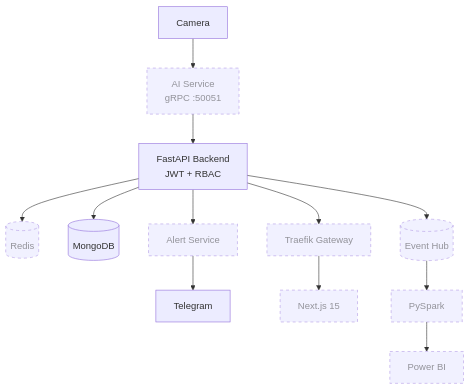
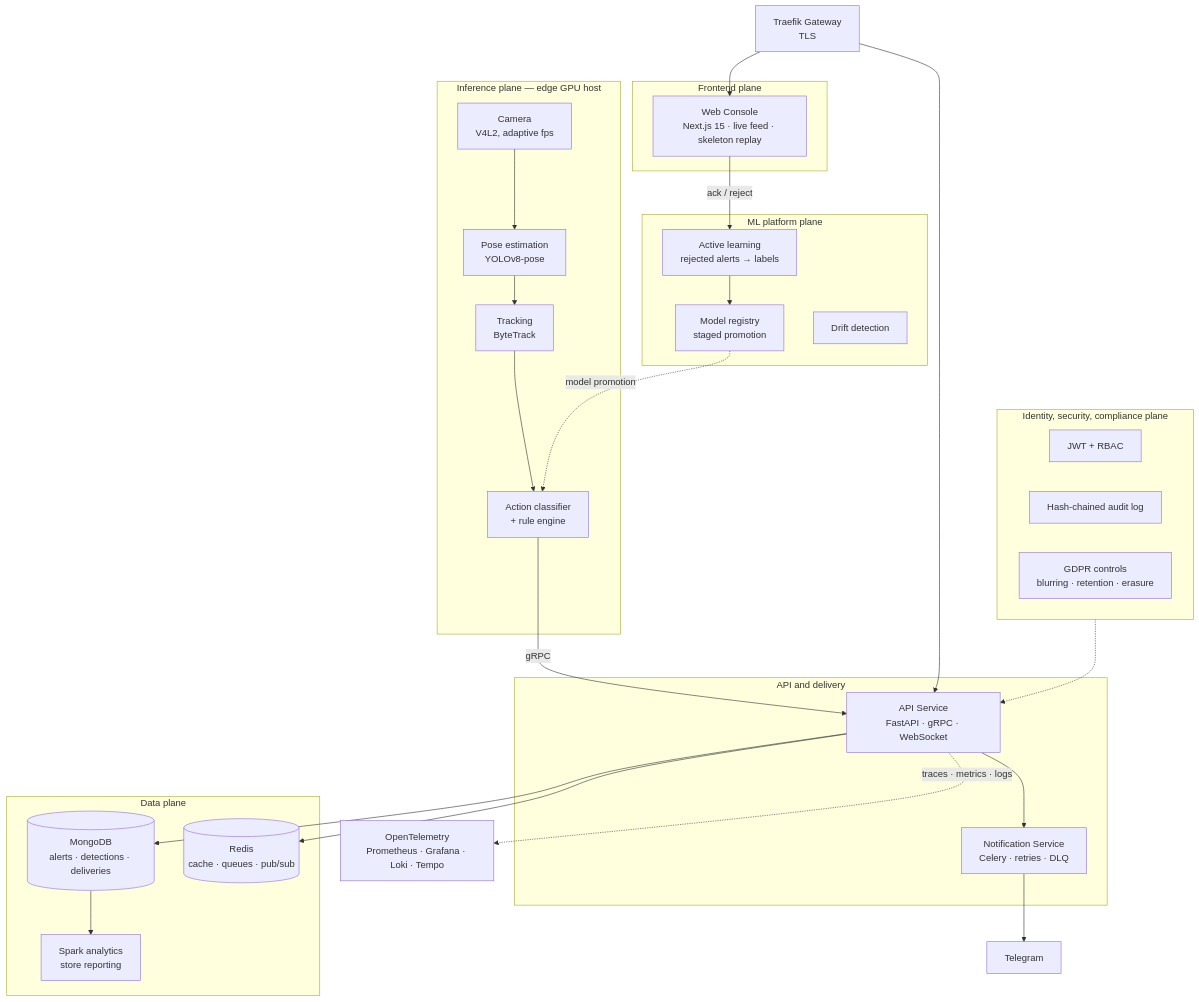
One commit to Nizar7kabbaj/theft-detection-platform changed the diagram in README.md. Above: the diagram before and after it, drawn with Mermaid. The commit also changed other lines of this file, not shown here.

````diff
--- a/README.md
+++ b/README.md
@@ -166,17 +72,49 @@
 ```mermaid
 flowchart TB
-    cam[Camera] --> ai[AI Service<br/>gRPC :50051]
-    ai --> be[FastAPI Backend<br/>JWT + RBAC]
-    be --> redis[(Redis)]
-    be --> mongo[(MongoDB)]
-    be --> eh[(Event Hub)]
-    be --> alert[Alert Service]
-    alert --> tg[Telegram]
-    be --> traefik[Traefik Gateway]
-    traefik --> fe[Next.js 15]
-    eh --> spark[PySpark]
-    spark --> bi[Power BI]
+    subgraph edge["Inference plane — edge GPU host"]
+        cam[Camera<br/>V4L2, adaptive fps] --> pose[Pose estimation<br/>YOLOv8-pose]
+        pose --> track[Tracking<br/>ByteTrack]
+        track --> clf[Action classifier<br/>+ rule engine]
+    end
 
-    classDef planned stroke-dasharray: 5 5,opacity:0.7
-    class ai,redis,eh,alert,traefik,fe,spark,bi planned
+    subgraph data["Data plane"]
+        mongo[(MongoDB<br/>alerts · detections · deliveries)]
+        redis[(Redis<br/>cache · queues · pub/sub)]
+        spark[Spark analytics<br/>store reporting]
+    end
+
+    subgraph core["API and delivery"]
+        api[API Service<br/>FastAPI · gRPC · WebSocket]
+        notif[Notification Service<br/>Celery · retries · DLQ]
+    end
+
+    subgraph sec["Identity, security, compliance plane"]
+        auth[JWT + RBAC]
+        audit[Hash-chained audit log]
+        gdpr[GDPR controls<br/>blurring · retention · erasure]
+    end
+
+    subgraph mlp["ML platform plane"]
+        registry[Model registry<br/>staged promotion]
+        drift[Drift detection]
+        active[Active learning<br/>rejected alerts → labels]
+    end
+
+    subgraph front["Frontend plane"]
+        web[Web Console<br/>Next.js 15 · live feed · skeleton replay]
+    end
+
+    clf -- gRPC --> api
+    api --> mongo
+    api --> redis
+    api --> notif
+    notif --> tg[Telegram]
+    mongo --> spark
+    traefik[Traefik Gateway<br/>TLS] --> api
+    traefik --> web
+    web -- ack / reject --> active
+    active --> registry
+    registry -. model promotion .-> clf
+    sec -.-> api
+    api -. traces · metrics · logs .-> otel[OpenTelemetry<br/>Prometheus · Grafana · Loki · Tempo]
 ```
````
